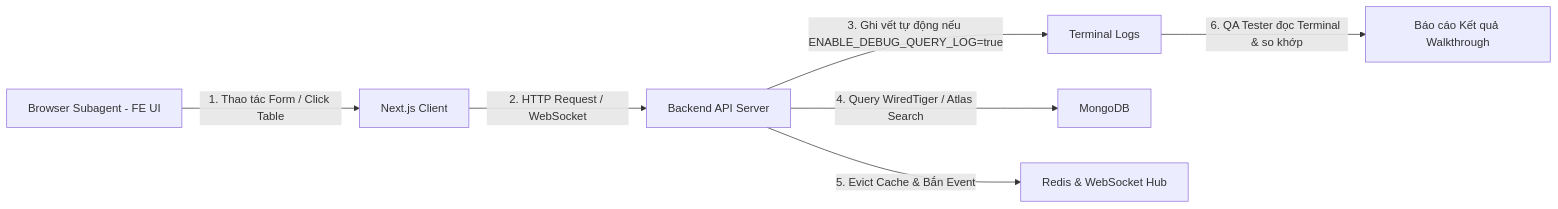
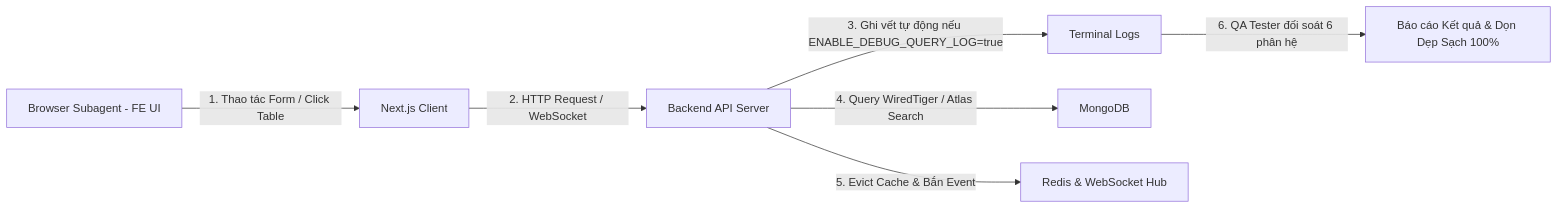
Before and after one commit to sowfkun/sowfkun-verse: the diagram in .agents/skills/e2e_tester/SKILL.md, drawn with Mermaid. The commit also changed other lines of this file and 2 other files, not shown here.

Commit message:
refactor(rules): remove duplicate rule files and embed full testing standards into e2e_tester skill

````diff
--- a/.agents/skills/e2e_tester/SKILL.md
+++ b/.agents/skills/e2e_tester/SKILL.md
@@ -16,9 +34,9 @@
 ```mermaid
 flowchart LR
     A[Browser Subagent - FE UI] -->|1. Thao tác Form / Click Table| B[Next.js Client]
     B -->|2. HTTP Request / WebSocket| C[Backend API Server]
     C -->|3. Ghi vết tự động nếu ENABLE_DEBUG_QUERY_LOG=true| D[Terminal Logs]
     C -->|4. Query WiredTiger / Atlas Search| E[MongoDB]
     C -->|5. Evict Cache & Bắn Event| F[Redis & WebSocket Hub]
-    D -->|6. QA Tester đọc Terminal & so khớp| G[Báo cáo Kết quả Walkthrough]
+    D -->|6. QA Tester đối soát 6 phân hệ| G[Báo cáo Kết quả & Dọn Dẹp Sạch 100%]
 ```
````
